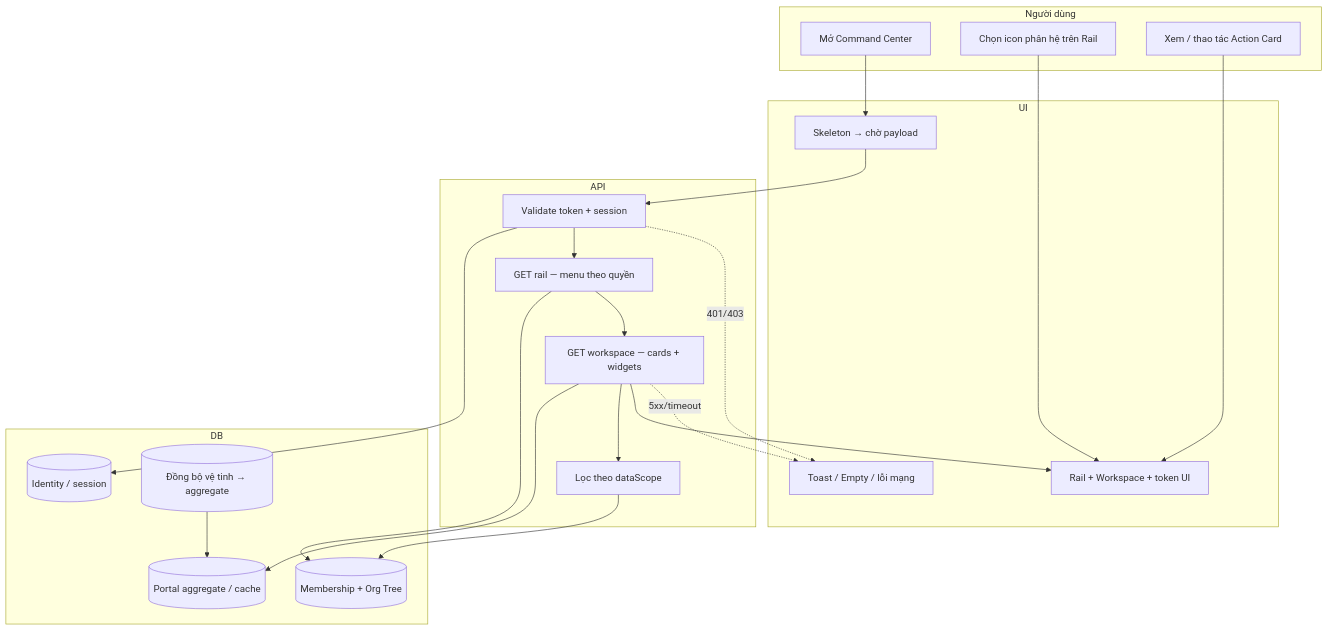
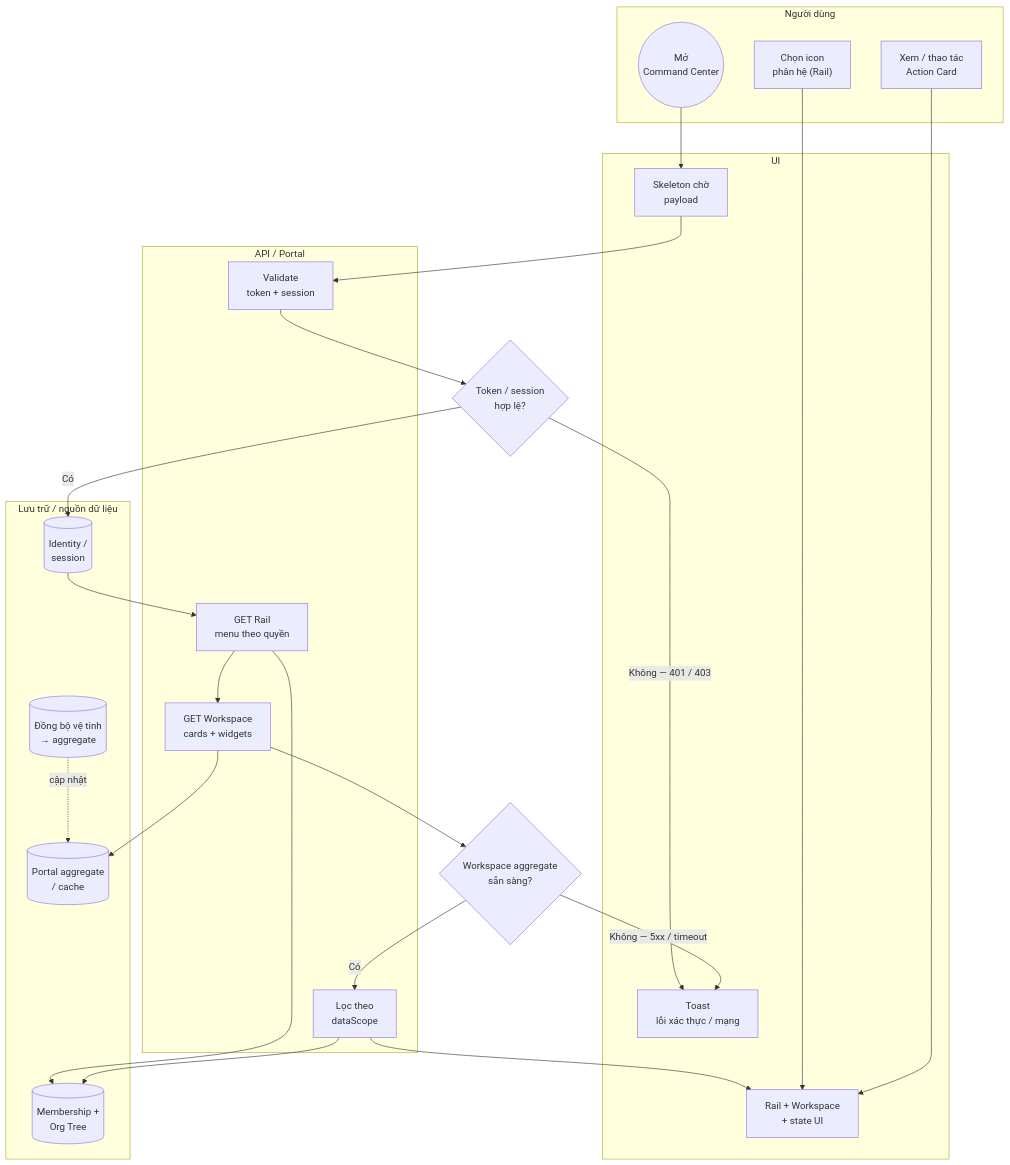
Before and after one commit to tuanna-maker/xevn-ecosystem: the diagram in docs/SRS_X_BOS_UNIFIED_PORTAL_COMMAND_CENTER.md, drawn with Mermaid. The commit also changed other lines of this file and 62 other files, not shown here.

First line of the commit message:
chore: update portal architecture docs and workspace modules

````diff
--- a/docs/SRS_X_BOS_UNIFIED_PORTAL_COMMAND_CENTER.md
+++ b/docs/SRS_X_BOS_UNIFIED_PORTAL_COMMAND_CENTER.md
@@ -48,44 +48,46 @@
 ```mermaid
 flowchart TB
-  subgraph U["Người dùng"]
-    U1[Mở Command Center]
-    U2[Chọn icon phân hệ trên Rail]
-    U3[Xem / thao tác Action Card]
+  subgraph L_U["Người dùng"]
+    U1((Mở<br/>Command Center))
+    U2["Chọn icon<br/>phân hệ (Rail)"]
+    U3["Xem / thao tác<br/>Action Card"]
   end
 
-  subgraph FE["UI"]
-    F1[Skeleton → chờ payload]
-    F2[Rail + Workspace + token UI]
-    F3[Toast / Empty / lỗi mạng]
+  subgraph L_UI["UI"]
+    F1["Skeleton chờ<br/>payload"]
+    F2["Rail + Workspace<br/>+ state UI"]
+    F3["Toast<br/>lỗi xác thực / mạng"]
   end
 
-  subgraph API["API"]
-    A1[Validate token + session]
-    A2[GET rail — menu theo quyền]
-    A3[GET workspace — cards + widgets]
-    A4[Lọc theo dataScope]
+  subgraph L_API["API / Portal"]
+    A1["Validate<br/>token + session"]
+    A2["GET Rail<br/>menu theo quyền"]
+    A3["GET Workspace<br/>cards + widgets"]
+    A4["Lọc theo<br/>dataScope"]
   end
 
-  subgraph DB["DB"]
-    D1[(Identity / session)]
-    D2[(Membership + Org Tree)]
-    D3[(Portal aggregate / cache)]
-    D4[(Đồng bộ vệ tinh → aggregate)]
+  subgraph L_DB["Lưu trữ / nguồn dữ liệu"]
+    D1[(Identity /<br/>session)]
+    D2[(Membership +<br/>Org Tree)]
+    D3[(Portal aggregate<br/>/ cache)]
+    D4[(Đồng bộ vệ tinh<br/>→ aggregate)]
   end
 
   U1 --> F1
   F1 --> A1
-  A1 --> D1
-  A1 --> A2
+  A1 --> G1{"Token / session<br/>hợp lệ?"}
+  G1 -->|Không — 401 / 403| F3
+  G1 -->|Có| D1
+  D1 --> A2
   A2 --> D2
   A2 --> A3
+  D4 -.->|cập nhật| D3
   A3 --> D3
-  D4 --> D3
-  A3 --> A4
+  A3 --> G2{"Workspace aggregate<br/>sẵn sàng?"}
+  G2 -->|Không — 5xx / timeout| F3
+  G2 -->|Có| A4
   A4 --> D2
-  A3 --> F2
+  A4 --> F2
   U2 --> F2
   U3 --> F2
-  A1 -.->|401/403| F3
-  A3 -.->|5xx/timeout| F3
 ```
````
